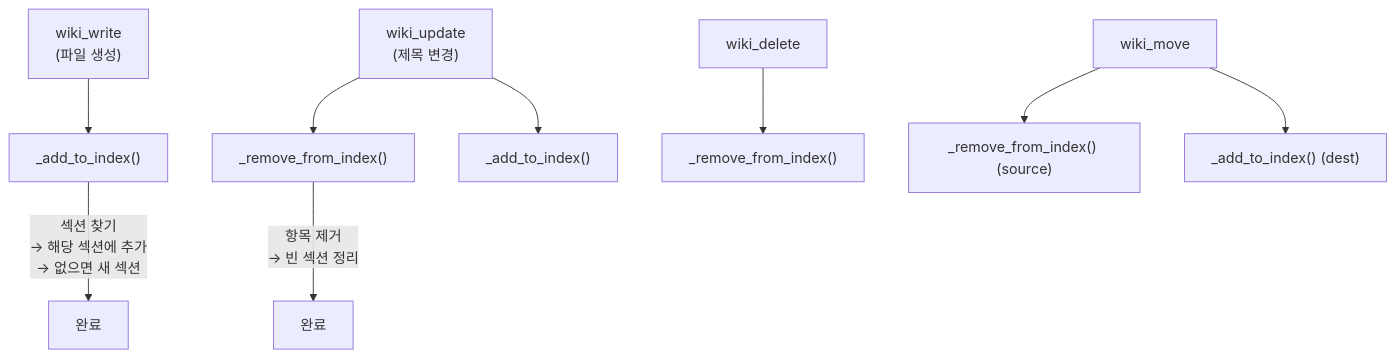
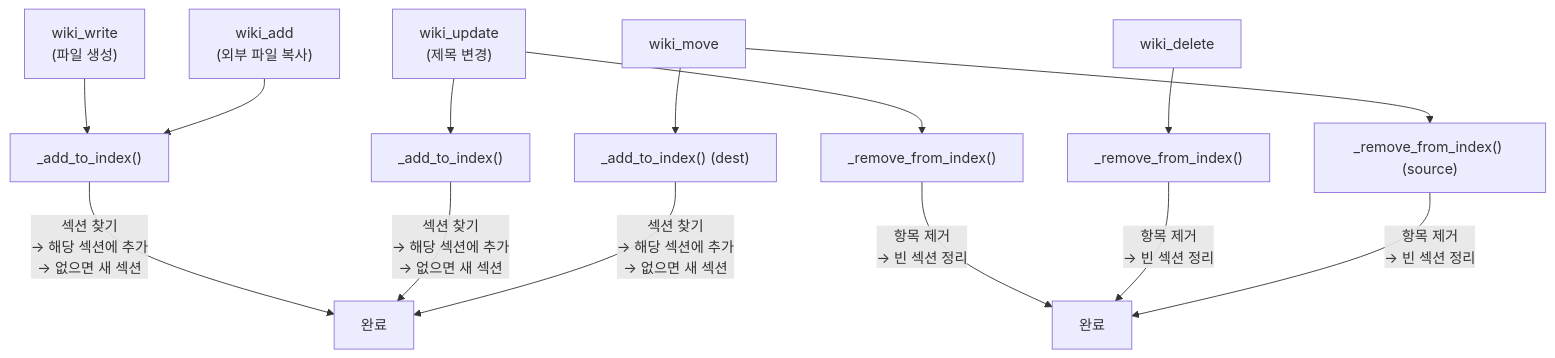
Before and after one commit to icarus-inte01/wiki: the seventh of 9 diagrams in docs/projects/wiki-mcp.md, drawn with Mermaid. The commit also changed other lines of this file, not shown here.

Commit message:
docs: update wiki-mcp design doc with wiki_add tool (10 tools)

````diff
--- a/docs/projects/wiki-mcp.md
+++ b/docs/projects/wiki-mcp.md
@@ -268,12 +301,19 @@
 ```mermaid
 flowchart TD
-    W["wiki_write<br/>(파일 생성)"] --> ADD["_add_to_index()"]
-    U["wiki_update<br/>(제목 변경)"] --> RM["_remove_from_index()"]
+    W["wiki_write<br/>(파일 생성)"]
+    A["wiki_add<br/>(외부 파일 복사)"]
+    U["wiki_update<br/>(제목 변경)"]
+    D["wiki_delete"]
+    M["wiki_move"]
+
+    W --> ADD1["_add_to_index()"]
+    A --> ADD1
+    U --> RM["_remove_from_index()"]
     U --> ADD2["_add_to_index()"]
-    D["wiki_delete"] --> RM2["_remove_from_index()"]
-    M["wiki_move"] --> RM3["_remove_from_index() (source)"]
+    D --> RM2["_remove_from_index()"]
+    M --> RM3["_remove_from_index() (source)"]
     M --> ADD3["_add_to_index() (dest)"]
 
-    ADD -->|"섹션 찾기<br/>→ 해당 섹션에 추가<br/>→ 없으면 새 섹션"| DONE1["완료"]
-    RM -->|"항목 제거<br/>→ 빈 섹션 정리"| DONE2["완료"]
+    ADD1 & ADD2 & ADD3 -->|"섹션 찾기<br/>→ 해당 섹션에 추가<br/>→ 없으면 새 섹션"| DONE1["완료"]
+    RM & RM2 & RM3 -->|"항목 제거<br/>→ 빈 섹션 정리"| DONE2["완료"]
 ```
````
